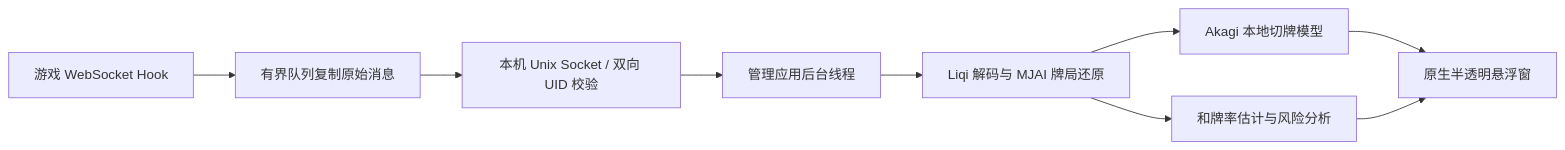
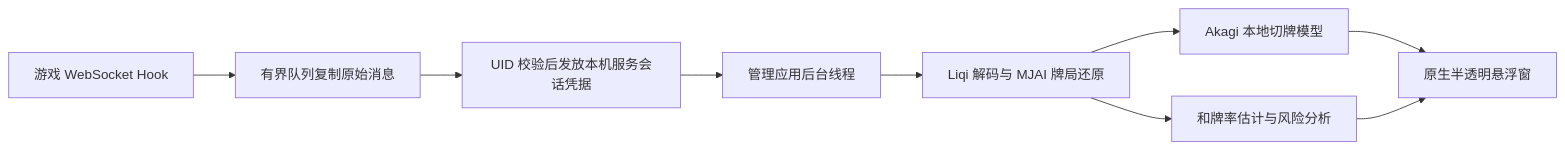
The diagram in docs/LOCAL_AI_OVERLAY.md (YeFeng233/lsp-majsoul-unlock), drawn with Mermaid before and after one commit. The commit also changed other lines of this file and 8 other files, not shown here.

Commit message:
Replace denied Unix capture socket with UID-gated loopback

````diff
--- a/docs/LOCAL_AI_OVERLAY.md
+++ b/docs/LOCAL_AI_OVERLAY.md
@@ -13,11 +13,11 @@
 ```mermaid
 flowchart LR
     A[游戏 WebSocket Hook] --> B[有界队列复制原始消息]
-    B --> C[本机 Unix Socket / 双向 UID 校验]
+    B --> C[UID 校验后发放本机服务会话凭据]
     C --> D[管理应用后台线程]
     D --> E[Liqi 解码与 MJAI 牌局还原]
     E --> F[Akagi 本地切牌模型]
     E --> G[和牌率估计与风险分析]
     F --> H[原生半透明悬浮窗]
     G --> H
 ```
````
